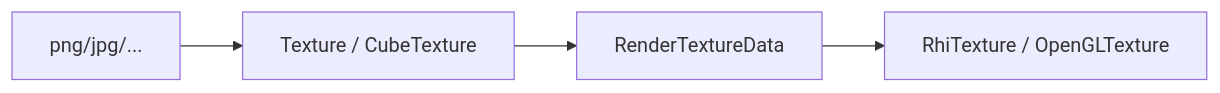
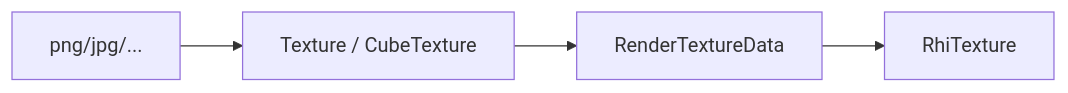
Before and after one commit to xp-Yang/XPYEngine: the fifth of 7 diagrams in docs/资源管理.md, drawn with Mermaid. The commit also changed other lines of this file and 4 other files, not shown here.

````diff
--- a/docs/资源管理.md
+++ b/docs/资源管理.md
@@ -326,6 +285,6 @@
 ```mermaid
 flowchart LR
-    TextureFile["png/jpg/..."] --> CPUTexture["Texture / CubeTexture"]
-    CPUTexture --> RenderTextureData["RenderTextureData"]
-    RenderTextureData --> RhiTexture["RhiTexture / OpenGLTexture"]
+    File["png/jpg/..."] --> CPU["Texture / CubeTexture"]
+    CPU --> RTD["RenderTextureData"]
+    RTD --> GPU["RhiTexture"]
 ```
````
